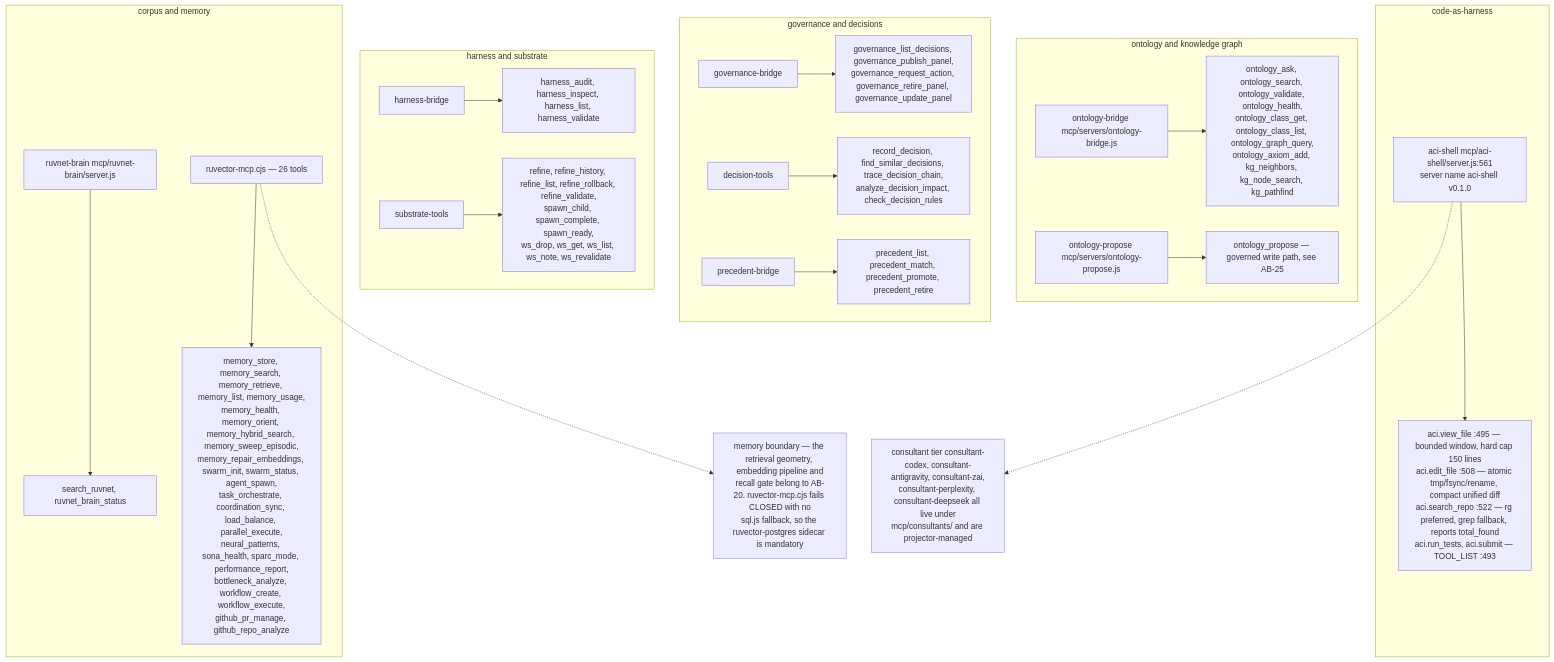
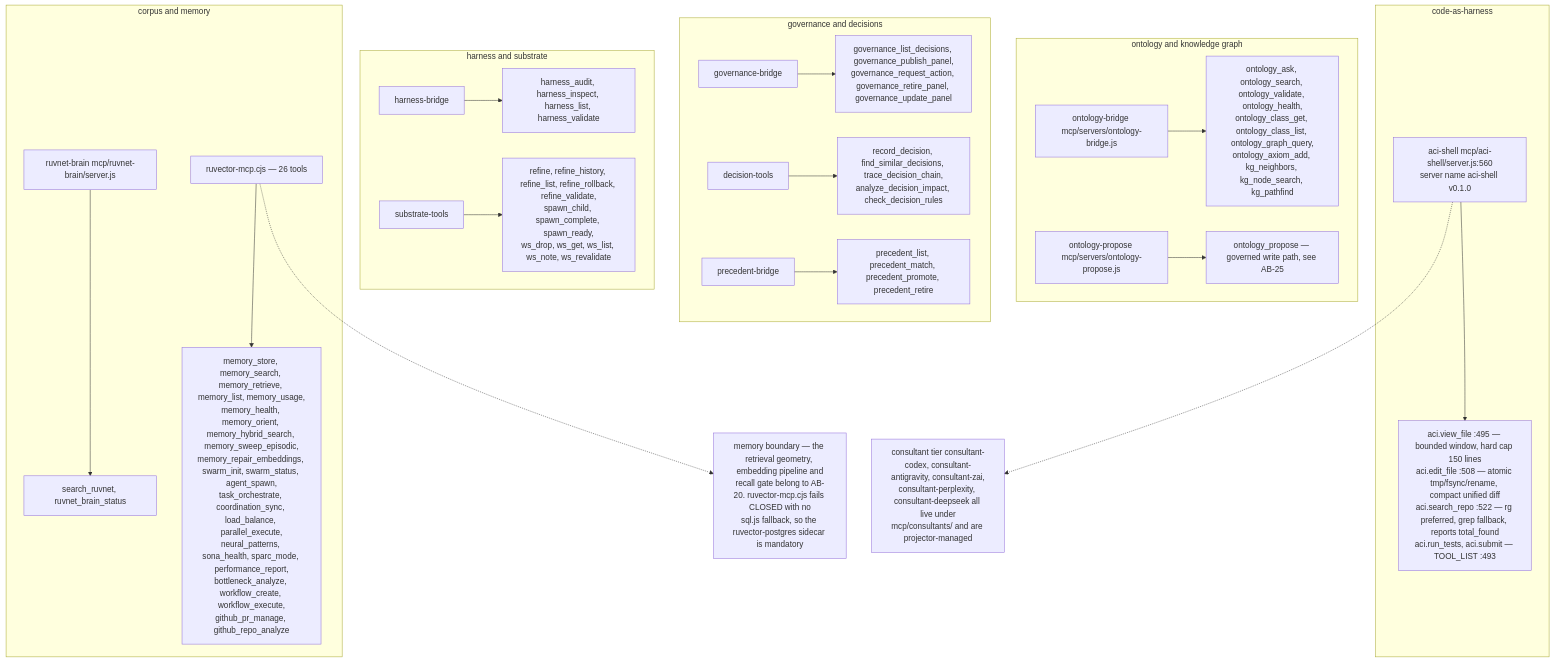
Before and after one commit to DreamLab-AI/VisionFlow: the fifth of 7 diagrams in docs/diagrams/agentbox/09-mcp-servers-catalogue.md, drawn with Mermaid. The commit also changed other lines of this file and 185 other files, not shown here.

Commit message:
docs(estate): reconcile diagrams and ADRs with source and define closeout sprint

````diff
--- a/docs/diagrams/agentbox/09-mcp-servers-catalogue.md
+++ b/docs/diagrams/agentbox/09-mcp-servers-catalogue.md
@@ -153,27 +154,27 @@
 ```mermaid
 flowchart TB
     subgraph CODE["code-as-harness"]
-        A["aci-shell mcp/aci-shell/server.js:561<br/>server name aci-shell v0.1.0"]
+        A["aci-shell mcp/aci-shell/server.js:560<br/>server name aci-shell v0.1.0"]
         A --> AT["aci.view_file :495 — bounded window, hard cap 150 lines<br/>aci.edit_file :508 — atomic tmp/fsync/rename, compact unified diff<br/>aci.search_repo :522 — rg preferred, grep fallback, reports total_found<br/>aci.run_tests, aci.submit — TOOL_LIST :493"]
     end
     subgraph ONT["ontology and knowledge graph"]
         B["ontology-bridge mcp/servers/ontology-bridge.js"]
         B --> BT["ontology_ask, ontology_search, ontology_validate, ontology_health,<br/>ontology_class_get, ontology_class_list, ontology_graph_query,<br/>ontology_axiom_add, kg_neighbors, kg_node_search, kg_pathfind"]
         C["ontology-propose mcp/servers/ontology-propose.js"] --> CT["ontology_propose — governed write path, see AB-25"]
     end
     subgraph GOV["governance and decisions"]
         D["governance-bridge"] --> DT["governance_list_decisions, governance_publish_panel,<br/>governance_request_action, governance_retire_panel, governance_update_panel"]
         E["decision-tools"] --> ET["record_decision, find_similar_decisions, trace_decision_chain,<br/>analyze_decision_impact, check_decision_rules"]
         F["precedent-bridge"] --> FT["precedent_list, precedent_match, precedent_promote, precedent_retire"]
     end
     subgraph HARN["harness and substrate"]
         G["harness-bridge"] --> GT["harness_audit, harness_inspect, harness_list, harness_validate"]
         H["substrate-tools"] --> HT["refine, refine_history, refine_list, refine_rollback, refine_validate,<br/>spawn_child, spawn_complete, spawn_ready,<br/>ws_drop, ws_get, ws_list, ws_note, ws_revalidate"]
     end
     subgraph KB["corpus and memory"]
         I["ruvnet-brain mcp/ruvnet-brain/server.js"] --> IT["search_ruvnet, ruvnet_brain_status"]
         J["ruvector-mcp.cjs — 26 tools"] --> JT["memory_store, memory_search, memory_retrieve, memory_list, memory_usage,<br/>memory_health, memory_orient, memory_hybrid_search, memory_sweep_episodic,<br/>memory_repair_embeddings, swarm_init, swarm_status, agent_spawn,<br/>task_orchestrate, coordination_sync, load_balance, parallel_execute,<br/>neural_patterns, sona_health, sparc_mode, performance_report,<br/>bottleneck_analyze, workflow_create, workflow_execute,<br/>github_pr_manage, github_repo_analyze"]
     end
     J -.-> RVB["memory boundary — the retrieval geometry, embedding pipeline and<br/>recall gate belong to AB-20. ruvector-mcp.cjs fails CLOSED with no<br/>sql.js fallback, so the ruvector-postgres sidecar is mandatory"]
     A -.-> AB["consultant tier consultant-codex, consultant-antigravity, consultant-zai,<br/>consultant-perplexity, consultant-deepseek all live under<br/>mcp/consultants/ and are projector-managed"]
 ```
````
